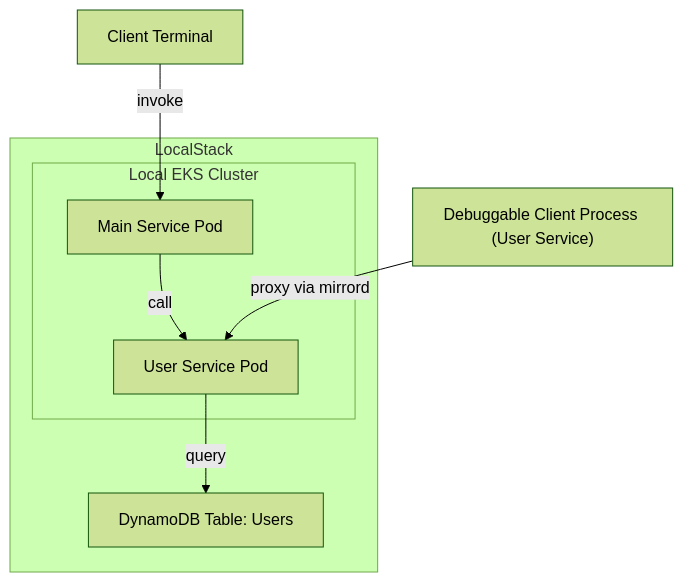
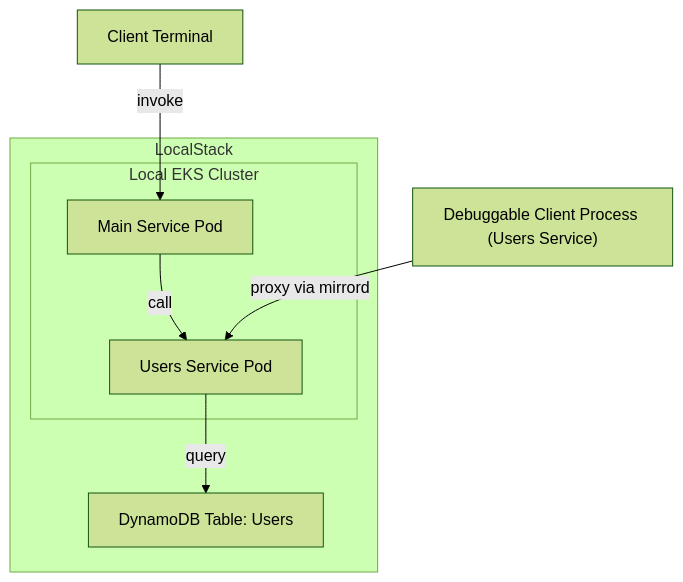
Before and after one commit to whummer/localstack-mirrord-demo: the first of 2 diagrams in README.md, drawn with Mermaid (forest theme). The commit also changed other lines of this file, not shown here.

````diff
--- a/README.md
+++ b/README.md
@@ -17,21 +17,21 @@
 ```mermaid
 graph TD
     subgraph LocalStack
         DDB["DynamoDB Table: Users"]
-        
+
         subgraph EKS["Local EKS Cluster"]
             MS["Main Service Pod"]
-            US["User Service Pod"]
+            US["Users Service Pod"]
         end
     end
 
     Client["Client Terminal"]
 
-    Process["Debuggable Client Process (User Service)"]
+    Process["Debuggable Client Process (Users Service)"]
 
     %% Invocation Flow
     Client -->|invoke| MS
     MS -->|call| US
     US -->|query| DDB
     Process -->|proxy via mirrord| US
 ```
````
